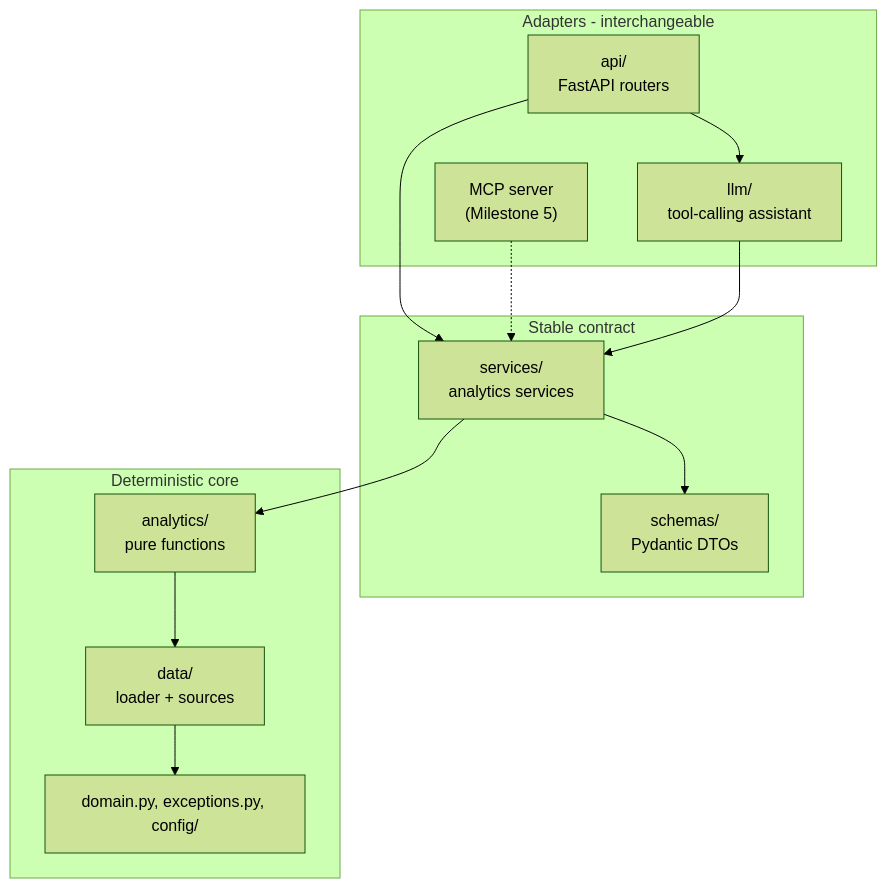
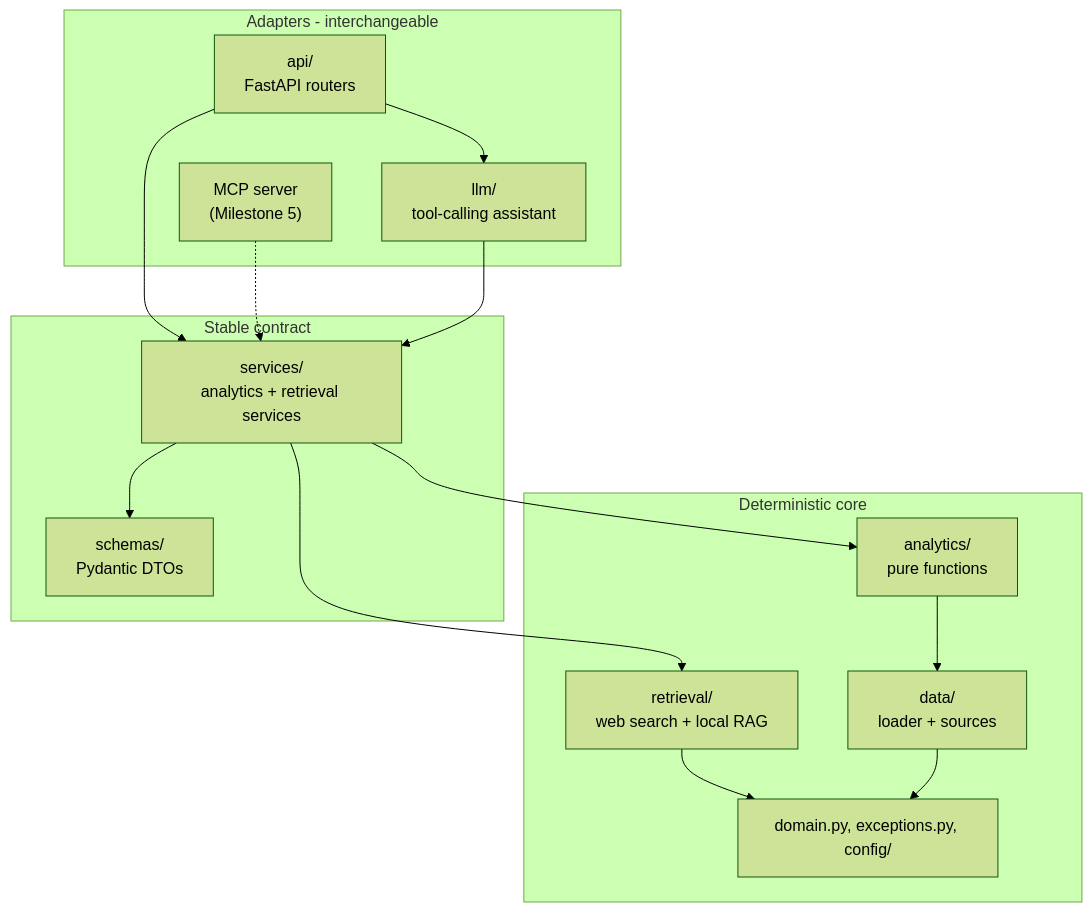
The first of 2 diagrams in docs/architecture.md (dcoelho045/NFL-Intelligence-Platform), drawn with Mermaid (forest theme) before and after one commit. The commit also changed other lines of this file and 102 other files, not shown here.

````diff
--- a/docs/architecture.md
+++ b/docs/architecture.md
@@ -7,26 +7,29 @@
 ```mermaid
 graph TD
     subgraph adapters["Adapters - interchangeable"]
         API["api/<br/>FastAPI routers"]
         MCP["MCP server<br/>(Milestone 5)"]
         TOOLS["llm/<br/>tool-calling assistant"]
     end
     subgraph contract["Stable contract"]
         SCHEMAS["schemas/<br/>Pydantic DTOs"]
-        SERVICES["services/<br/>analytics services"]
+        SERVICES["services/<br/>analytics + retrieval services"]
     end
     subgraph core["Deterministic core"]
         ANALYTICS["analytics/<br/>pure functions"]
+        RETRIEVAL["retrieval/<br/>web search + local RAG"]
         DATA["data/<br/>loader + sources"]
         DOMAIN["domain.py, exceptions.py, config/"]
     end
 
     API --> SERVICES
     API --> TOOLS
     MCP -.-> SERVICES
     TOOLS --> SERVICES
     SERVICES --> SCHEMAS
     SERVICES --> ANALYTICS
+    SERVICES --> RETRIEVAL
     ANALYTICS --> DATA
+    RETRIEVAL --> DOMAIN
     DATA --> DOMAIN
 ```
````
